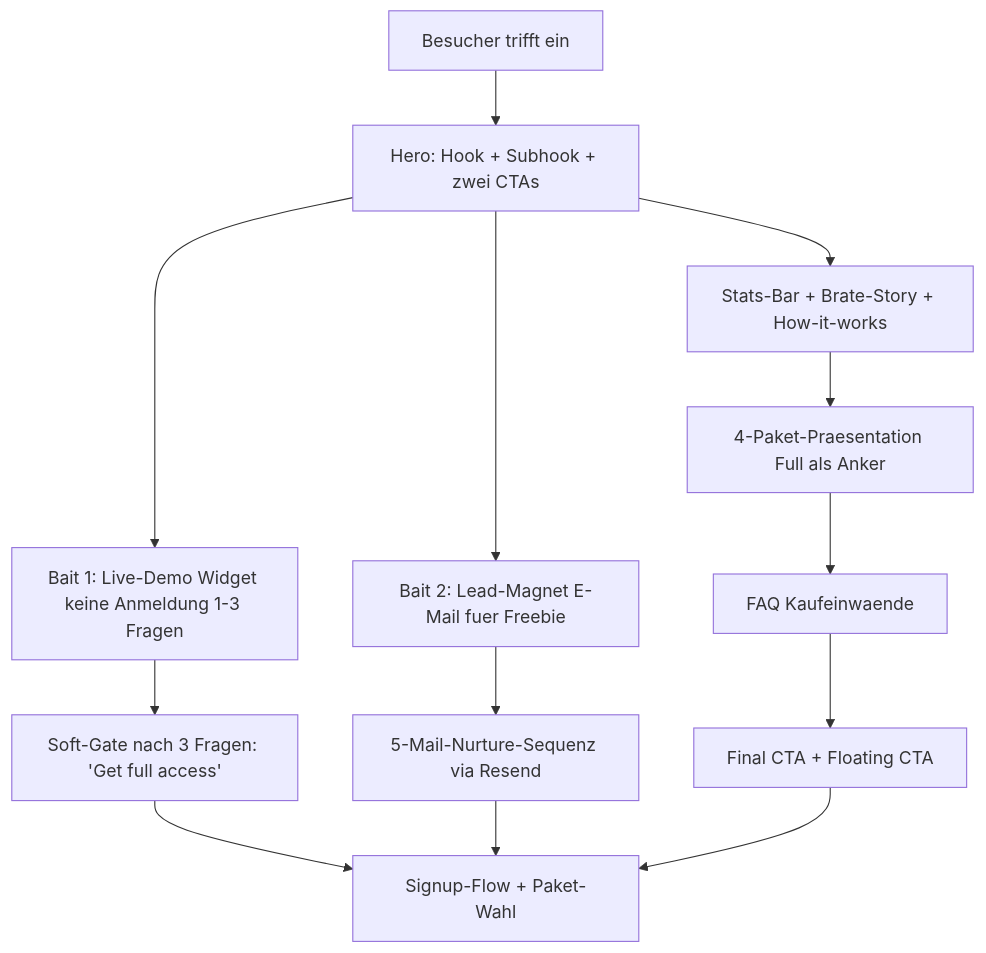
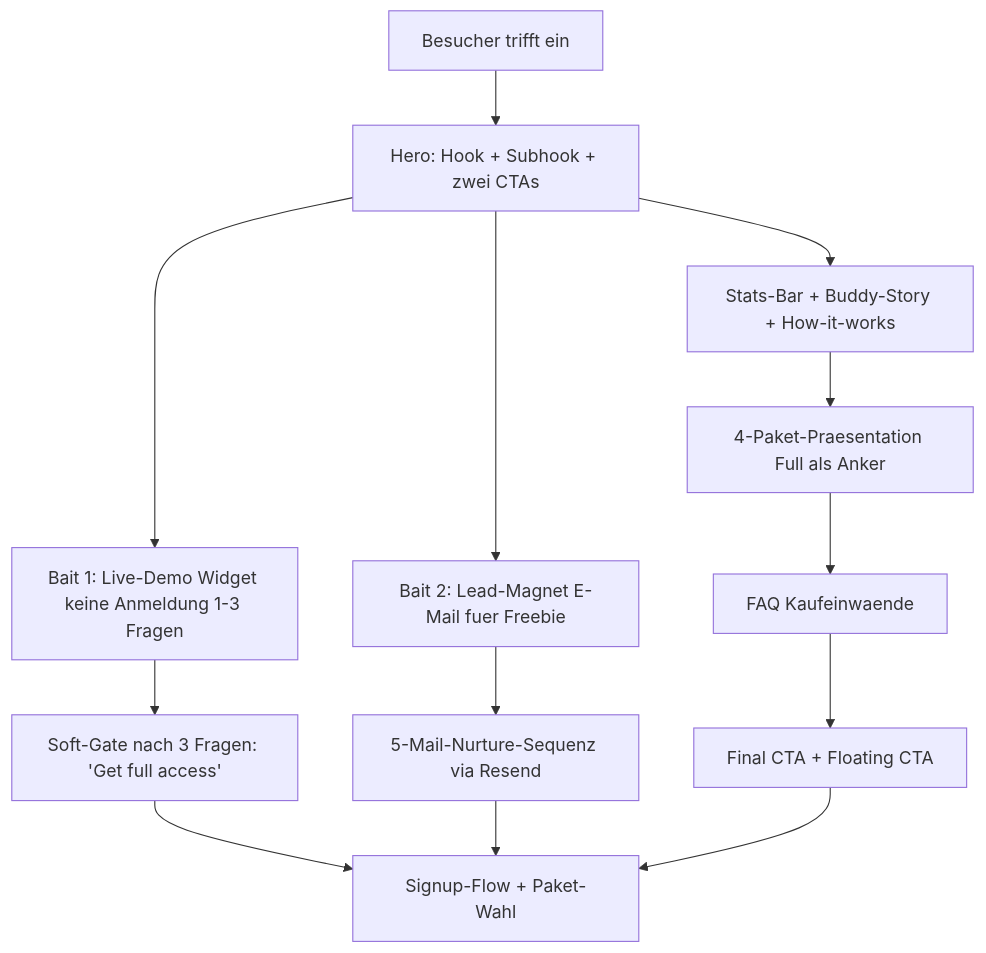
One commit to jaxn58/srpski-learn-buddy changed the diagram in docs/restructure/05_LANDINGPAGE_KONZEPT.md. Above: the diagram before and after it, drawn with Mermaid. The commit also changed other lines of this file and 44 other files, not shown here.

````diff
--- a/docs/restructure/05_LANDINGPAGE_KONZEPT.md
+++ b/docs/restructure/05_LANDINGPAGE_KONZEPT.md
@@ -89,15 +89,15 @@
 ```mermaid
 flowchart TD
   visit["Besucher trifft ein"] --> hero["Hero: Hook + Subhook + zwei CTAs"]
   hero --> demo["Bait 1: Live-Demo Widget keine Anmeldung 1-3 Fragen"]
   hero --> magnet["Bait 2: Lead-Magnet E-Mail fuer Freebie"]
   demo --> demogate["Soft-Gate nach 3 Fragen: 'Get full access'"]
   demogate --> signup["Signup-Flow + Paket-Wahl"]
   magnet --> nurture["5-Mail-Nurture-Sequenz via Resend"]
   nurture --> signup
-  hero --> proof["Stats-Bar + Brate-Story + How-it-works"]
+  hero --> proof["Stats-Bar + Buddy-Story + How-it-works"]
   proof --> packages["4-Paket-Praesentation Full als Anker"]
   packages --> faq["FAQ Kaufeinwaende"]
   faq --> finalcta["Final CTA + Floating CTA"]
   finalcta --> signup
 ```
````
